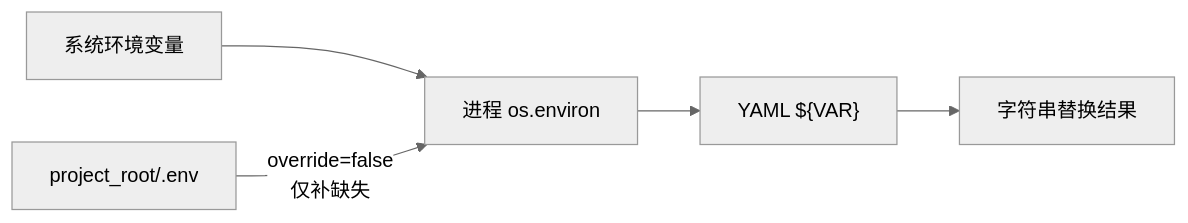
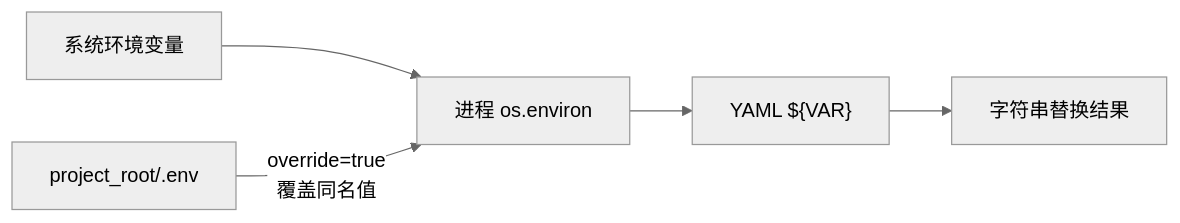
One commit to aandbcct/dotClaw changed the second of 22 diagrams in docs/wiki/Config 模块总体说明.md. Above: the diagram before and after it, drawn with Mermaid (neutral theme). The commit also changed other lines of this file and 4 other files, not shown here.

````diff
--- a/docs/wiki/Config 模块总体说明.md
+++ b/docs/wiki/Config 模块总体说明.md
@@ -202,12 +200,12 @@
 ```mermaid
 flowchart LR
     OS["系统环境变量"]
     DotEnv["project_root/.env"]
     Process["进程 os.environ"]
     Placeholder["YAML ${VAR}"]
     Result["字符串替换结果"]
 
     OS --> Process
-    DotEnv -->|override=false<br/>仅补缺失| Process
+    DotEnv -->|override=true<br/>覆盖同名值| Process
     Process --> Placeholder --> Result
 ```
````
